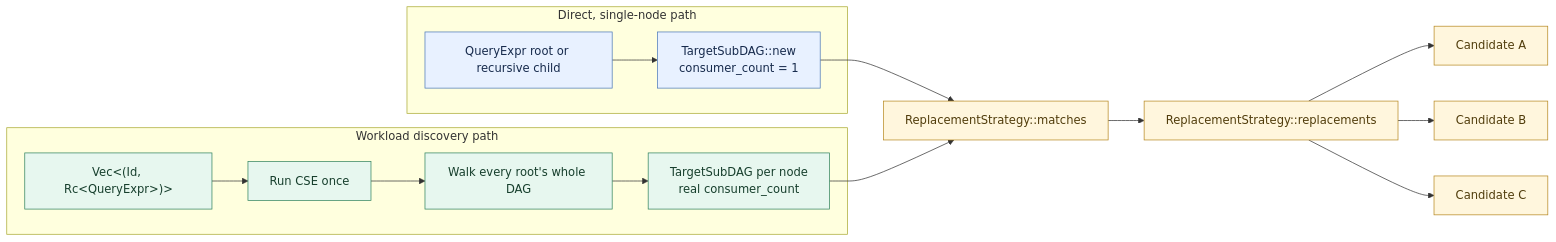
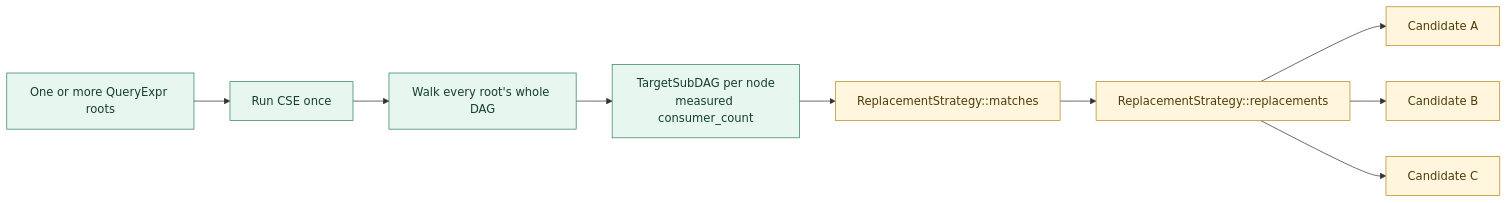
The second of 6 diagrams in docs/developer_docs/ASAP-aware-mapping-developer-guide.md (ProjectASAP/ASAPPlanner), drawn with Mermaid before and after one commit. The commit also changed other lines of this file and 1 other file, not shown here.

Commit message:
docs(asap-aware-mapping): clarify TargetSubDAG discovery

````diff
--- a/docs/developer_docs/ASAP-aware-mapping-developer-guide.md
+++ b/docs/developer_docs/ASAP-aware-mapping-developer-guide.md
@@ -104,25 +101,16 @@
 ```mermaid
 flowchart LR
-  classDef direct fill:#e8f1ff,stroke:#4b78b8,color:#172b4d
   classDef workload fill:#e7f7ef,stroke:#31835e,color:#173f2d
   classDef common fill:#fff6dd,stroke:#b78922,color:#513d0c
 
-  subgraph D[Direct, single-node path]
-    Q["QueryExpr root or recursive child"]:::direct
-    Q --> N["TargetSubDAG::new<br/>consumer_count = 1"]:::direct
-  end
-
-  subgraph W[Workload discovery path]
-    ROOTS["Vec&lt;(Id, Rc&lt;QueryExpr&gt;)&gt;"]:::workload
-    ROOTS --> CSE["Run CSE once"]:::workload
-    CSE --> WALK["Walk every root's whole DAG"]:::workload
-    WALK --> T["TargetSubDAG per node<br/>real consumer_count"]:::workload
-  end
-
-  N --> MATCH[ReplacementStrategy::matches]:::common
+  ROOTS["One or more QueryExpr roots"]:::workload
+  ROOTS --> CSE["Run CSE once"]:::workload
+  CSE --> WALK["Walk every root's whole DAG"]:::workload
+  WALK --> T["TargetSubDAG per node<br/>measured consumer_count"]:::workload
   T --> MATCH
+  MATCH[ReplacementStrategy::matches]:::common
   MATCH --> REPLACE[ReplacementStrategy::replacements]:::common
   REPLACE --> A[Candidate A]:::common
   REPLACE --> B[Candidate B]:::common
   REPLACE --> C[Candidate C]:::common
 ```
````
